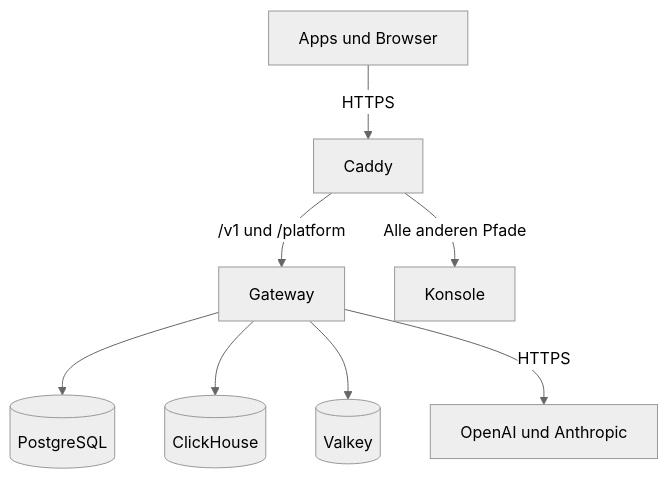
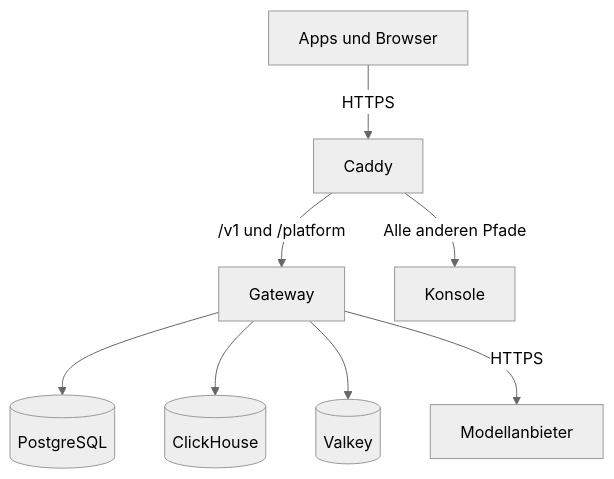
The diagram in apps/docs/content/de/self-hosting/how-it-works.md (logicplanes/kaeso), drawn with Mermaid (neutral theme) before and after one commit. The commit also changed 119 other files, not shown here.

````diff
--- a/apps/docs/content/de/self-hosting/how-it-works.md
+++ b/apps/docs/content/de/self-hosting/how-it-works.md
@@ -10,12 +10,12 @@
 ```mermaid
 flowchart TD
   accTitle: Die Dienste einer Kaeso-Installation
   accDescr: Caddy nimmt HTTPS-Anfragen an und leitet die APIs an das Gateway und alles andere an die Konsole weiter. Nur das Gateway erreicht PostgreSQL, ClickHouse und Valkey, und es ruft die Anbieter auf.
   clients[Apps und Browser] -->|HTTPS| caddy[Caddy]
   caddy -->|/v1 und /platform| gateway[Gateway]
   caddy -->|Alle anderen Pfade| console[Konsole]
   gateway --> postgres[(PostgreSQL)]
   gateway --> clickhouse[(ClickHouse)]
   gateway --> valkey[(Valkey)]
-  gateway -->|HTTPS| providers[OpenAI und Anthropic]
+  gateway -->|HTTPS| providers[Modellanbieter]
 ```
````
